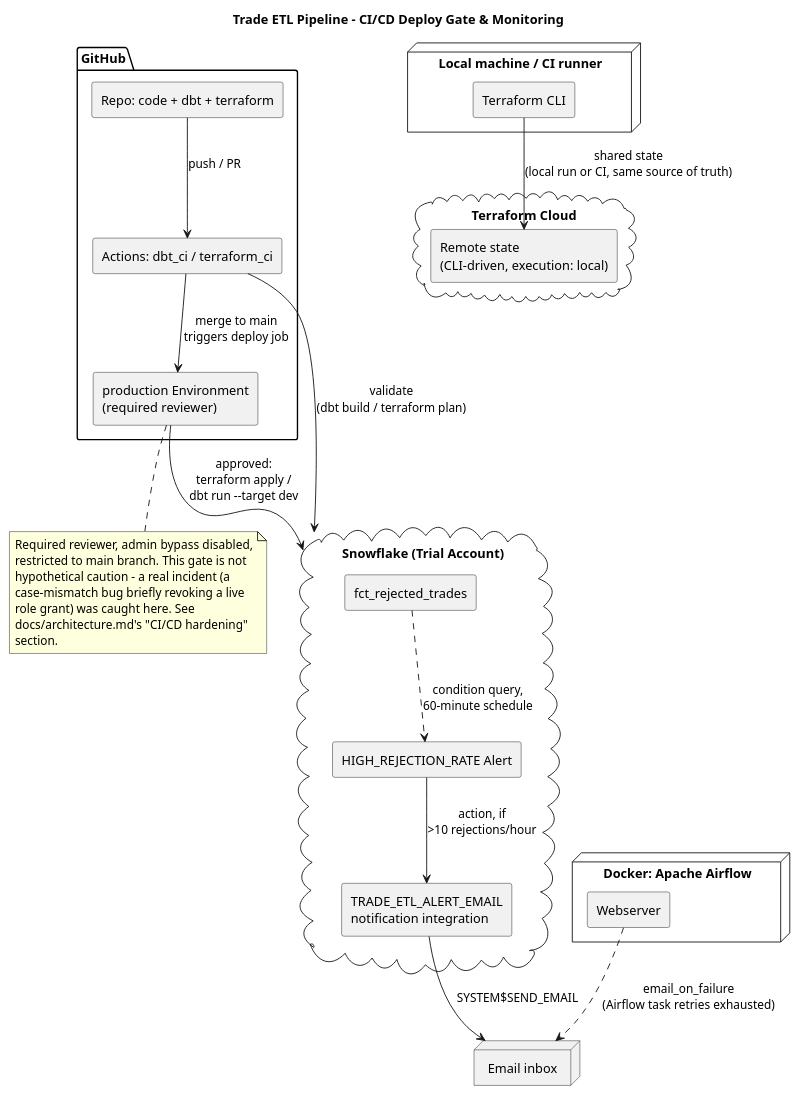
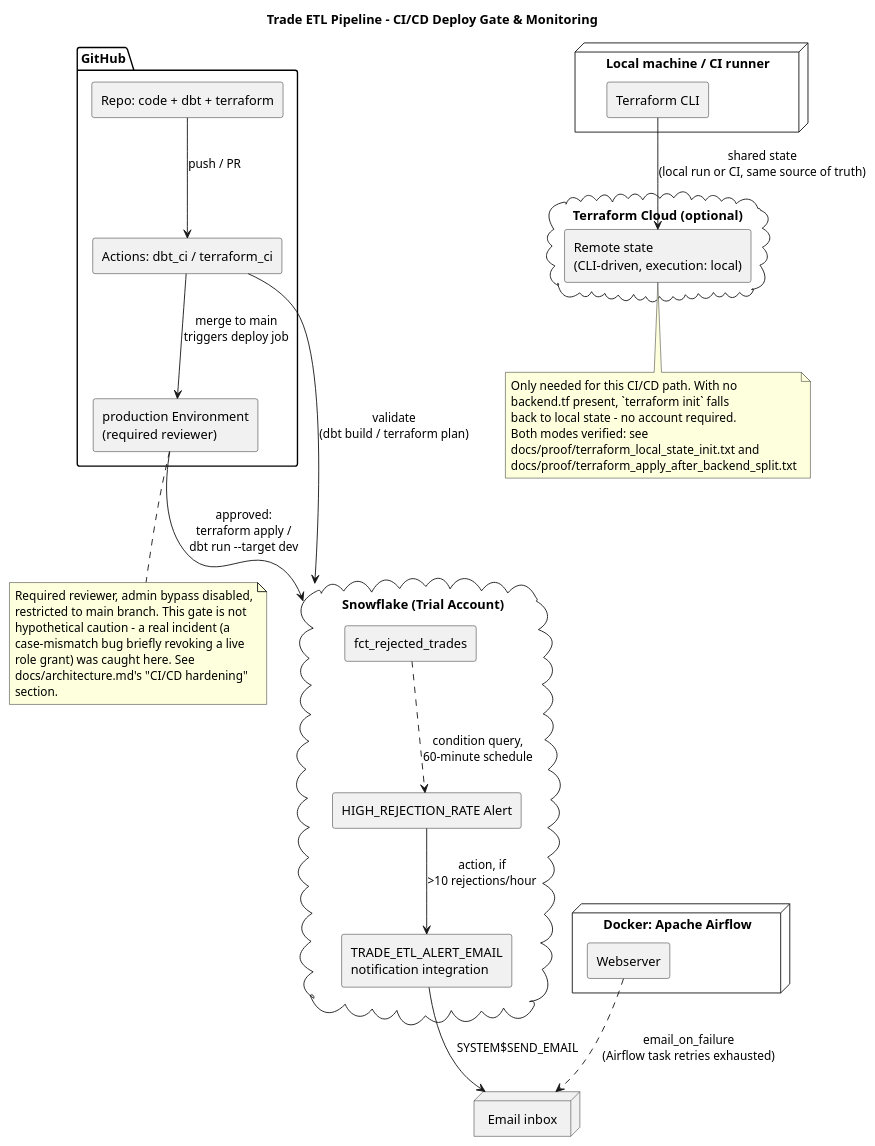
One commit to ramanjaneyulu73/trade-etl-case-study changed the diagram in docs/diagrams/cicd_monitoring.puml. Above: the diagram before and after it, drawn with PlantUML. The commit also changed 3 other files, not shown here.

First line of the commit message:
Clarify both terraform init modes work, trim repeated comments

```diff
--- a/docs/diagrams/cicd_monitoring.puml
+++ b/docs/diagrams/cicd_monitoring.puml
@@ -1,52 +1,61 @@
 @startuml cicd_monitoring
 title Trade ETL Pipeline - CI/CD Deploy Gate & Monitoring
 
 skinparam componentStyle rectangle
 
 package "GitHub" {
   [Repo: code + dbt + terraform] as Repo
   [Actions: dbt_ci / terraform_ci] as CI
   [production Environment\n(required reviewer)] as Env
 }
 
-cloud "Terraform Cloud" {
+cloud "Terraform Cloud (optional)" {
   [Remote state\n(CLI-driven, execution: local)] as TFState
 }
 
 node "Local machine / CI runner" {
   [Terraform CLI] as TF
 }
 
 cloud "Snowflake (Trial Account)" {
   [fct_rejected_trades] as Rejected
   [HIGH_REJECTION_RATE Alert] as Alert
   [TRADE_ETL_ALERT_EMAIL\nnotification integration] as Integration
 }
 
 node "Docker: Apache Airflow" {
   [Webserver] as Web
 }
 
 node "Email inbox" as Inbox
 
 Repo --> CI : push / PR
 CI --> "Snowflake (Trial Account)" : validate\n(dbt build / terraform plan)
 CI --> Env : merge to main\ntriggers deploy job
 Env --> "Snowflake (Trial Account)" : approved:\nterraform apply /\ndbt run --target dev
 TF --> TFState : shared state\n(local run or CI, same source of truth)
 Rejected ..> Alert : condition query,\n60-minute schedule
 Alert --> Integration : action, if\n>10 rejections/hour
 Integration --> Inbox : SYSTEM$SEND_EMAIL
 Web ..> Inbox : email_on_failure\n(Airflow task retries exhausted)
 
 note bottom of Env
   Required reviewer, admin bypass disabled,
   restricted to main branch. This gate is not
   hypothetical caution - a real incident (a
   case-mismatch bug briefly revoking a live
   role grant) was caught here. See
   docs/architecture.md's "CI/CD hardening"
   section.
 end note
 
+note bottom of TFState
+  Only needed for this CI/CD path. With no
+  backend.tf present, `terraform init` falls
+  back to local state - no account required.
+  Both modes verified: see
+  docs/proof/terraform_local_state_init.txt and
+  docs/proof/terraform_apply_after_backend_split.txt
+end note
+
 @enduml
```
